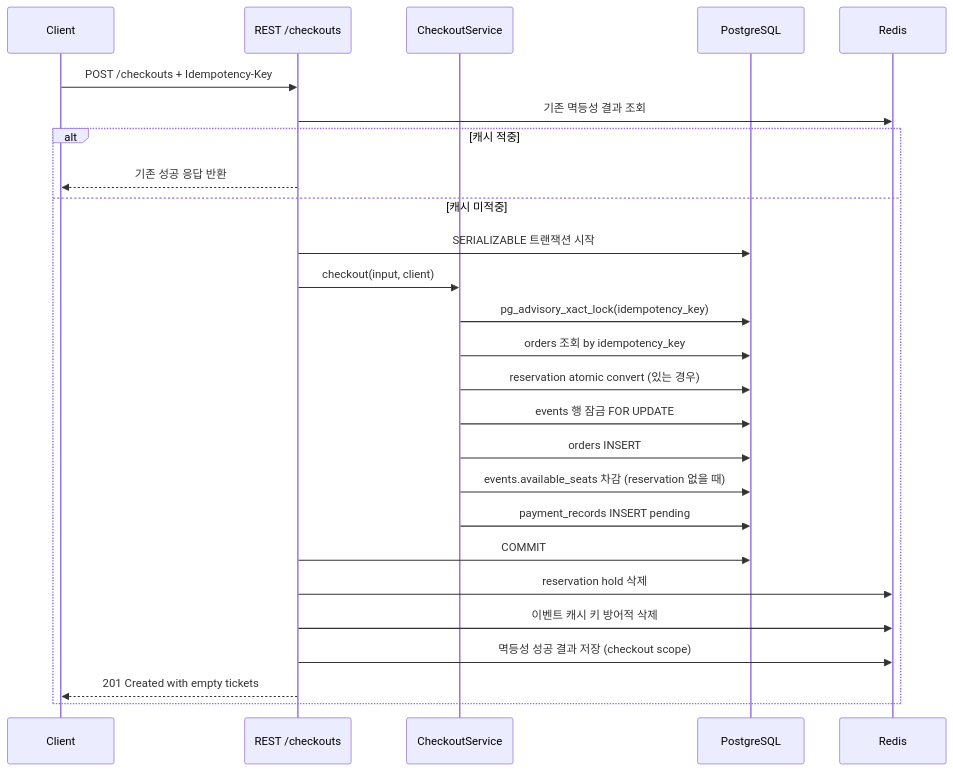
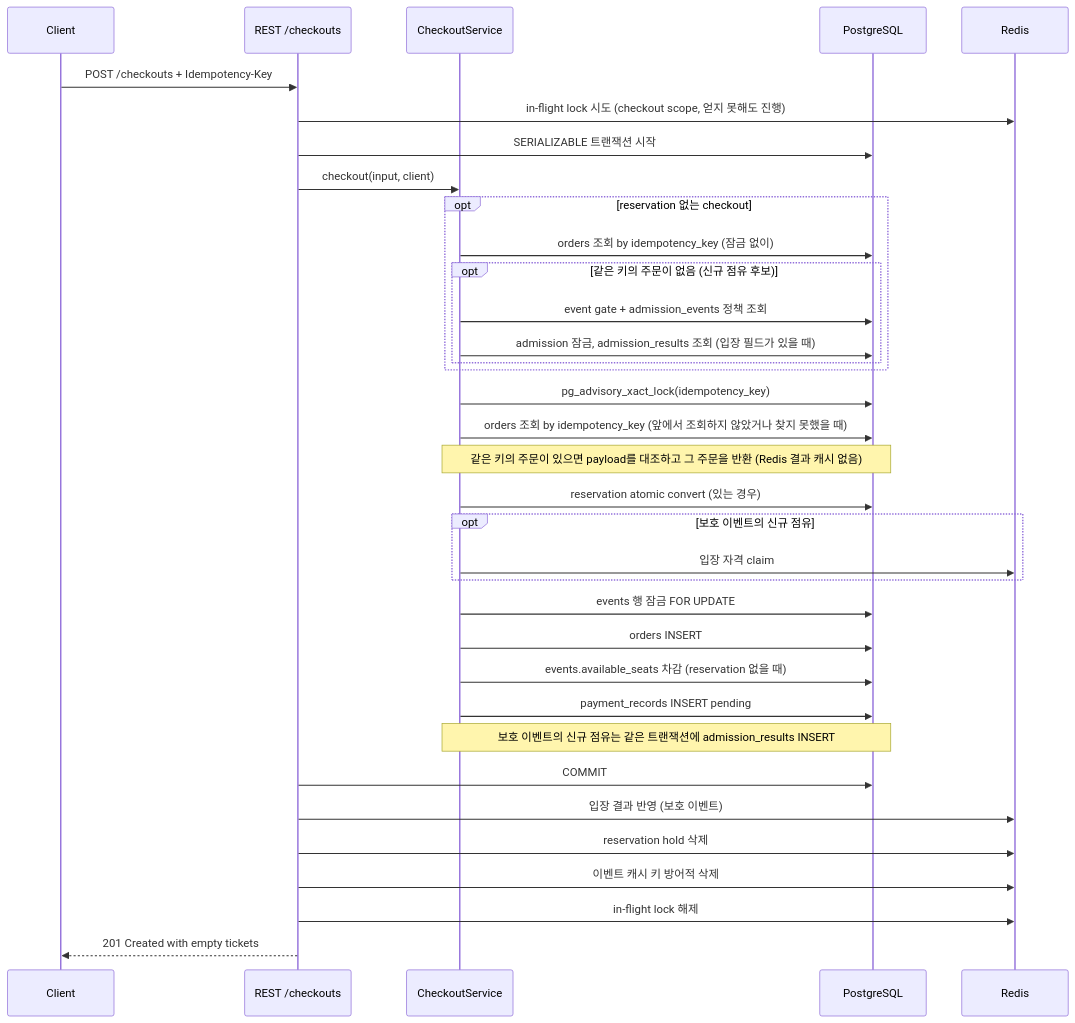
The fourth of 5 diagrams in docs/ARCHITECTURE_DIAGRAMS.md (dosacha/PeakPass), drawn with Mermaid before and after one commit. The commit also changed other lines of this file and 28 other files, not shown here.

````diff
--- a/docs/ARCHITECTURE_DIAGRAMS.md
+++ b/docs/ARCHITECTURE_DIAGRAMS.md
@@ -83,29 +94,38 @@
 ```mermaid
 sequenceDiagram
     participant C as Client
     participant API as REST /checkouts
     participant S as CheckoutService
     participant PG as PostgreSQL
     participant R as Redis
 
     C->>API: POST /checkouts + Idempotency-Key
-    API->>R: 기존 멱등성 결과 조회
-    alt 캐시 적중
-        API-->>C: 기존 성공 응답 반환
-    else 캐시 미적중
-        API->>PG: SERIALIZABLE 트랜잭션 시작
-        API->>S: checkout(input, client)
-        S->>PG: pg_advisory_xact_lock(idempotency_key)
-        S->>PG: orders 조회 by idempotency_key
-        S->>PG: reservation atomic convert (있는 경우)
-        S->>PG: events 행 잠금 FOR UPDATE
-        S->>PG: orders INSERT
-        S->>PG: events.available_seats 차감 (reservation 없을 때)
-        S->>PG: payment_records INSERT pending
-        API->>PG: COMMIT
-        API->>R: reservation hold 삭제
-        API->>R: 이벤트 캐시 키 방어적 삭제
-        API->>R: 멱등성 성공 결과 저장 (checkout scope)
-        API-->>C: 201 Created with empty tickets
+    API->>R: in-flight lock 시도 (checkout scope, 얻지 못해도 진행)
+    API->>PG: SERIALIZABLE 트랜잭션 시작
+    API->>S: checkout(input, client)
+    opt reservation 없는 checkout
+        S->>PG: orders 조회 by idempotency_key (잠금 없이)
+        opt 같은 키의 주문이 없음 (신규 점유 후보)
+            S->>PG: event gate + admission_events 정책 조회
+            S->>PG: admission 잠금, admission_results 조회 (입장 필드가 있을 때)
+        end
     end
+    S->>PG: pg_advisory_xact_lock(idempotency_key)
+    S->>PG: orders 조회 by idempotency_key (앞에서 조회하지 않았거나 찾지 못했을 때)
+    Note over S,PG: 같은 키의 주문이 있으면 payload를 대조하고 그 주문을 반환 (Redis 결과 캐시 없음)
+    S->>PG: reservation atomic convert (있는 경우)
+    opt 보호 이벤트의 신규 점유
+        S->>R: 입장 자격 claim
+    end
+    S->>PG: events 행 잠금 FOR UPDATE
+    S->>PG: orders INSERT
+    S->>PG: events.available_seats 차감 (reservation 없을 때)
+    S->>PG: payment_records INSERT pending
+    Note over S,PG: 보호 이벤트의 신규 점유는 같은 트랜잭션에 admission_results INSERT
+    API->>PG: COMMIT
+    API->>R: 입장 결과 반영 (보호 이벤트)
+    API->>R: reservation hold 삭제
+    API->>R: 이벤트 캐시 키 방어적 삭제
+    API->>R: in-flight lock 해제
+    API-->>C: 201 Created with empty tickets
 ```
````
